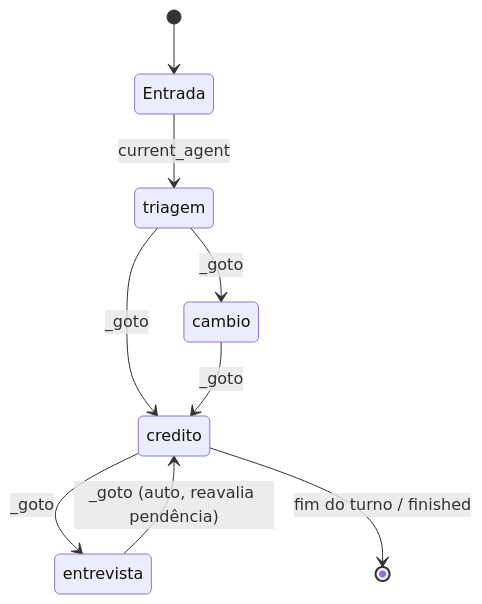
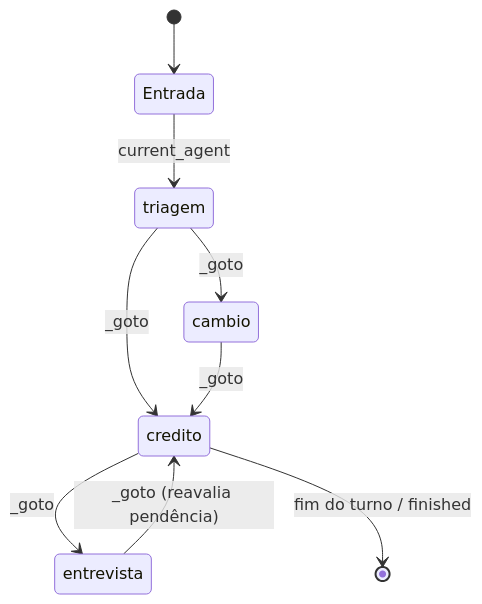
The third of 3 diagrams in README.md (sangust/agil-bank-agents), drawn with Mermaid before and after one commit. The commit also changed other lines of this file and 23 other files, not shown here.

````diff
--- a/README.md
+++ b/README.md
@@ -118,11 +146,11 @@
 ```mermaid
 stateDiagram-v2
     [*] --> Entrada
     Entrada --> triagem: current_agent
     triagem --> credito: _goto
     triagem --> cambio: _goto
     credito --> entrevista: _goto
-    entrevista --> credito: _goto (auto, reavalia pendência)
+    entrevista --> credito: _goto (reavalia pendência)
     cambio --> credito: _goto
     credito --> [*]: fim do turno / finished
 ```
````
